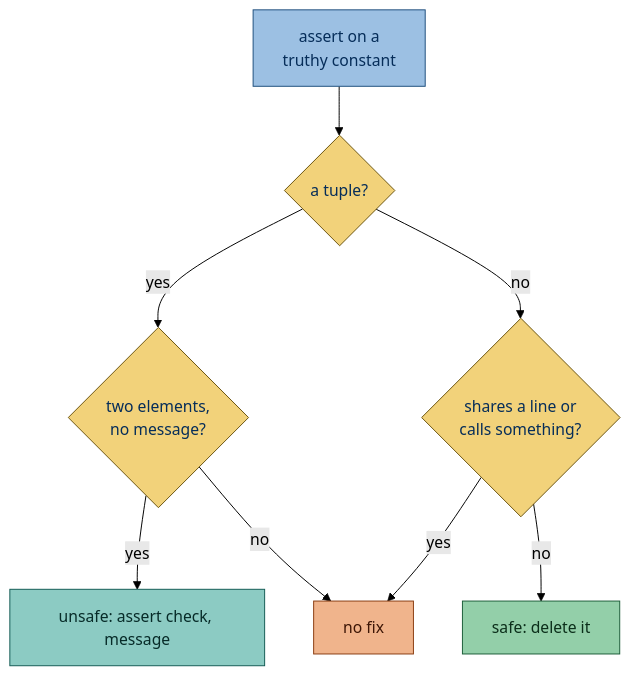
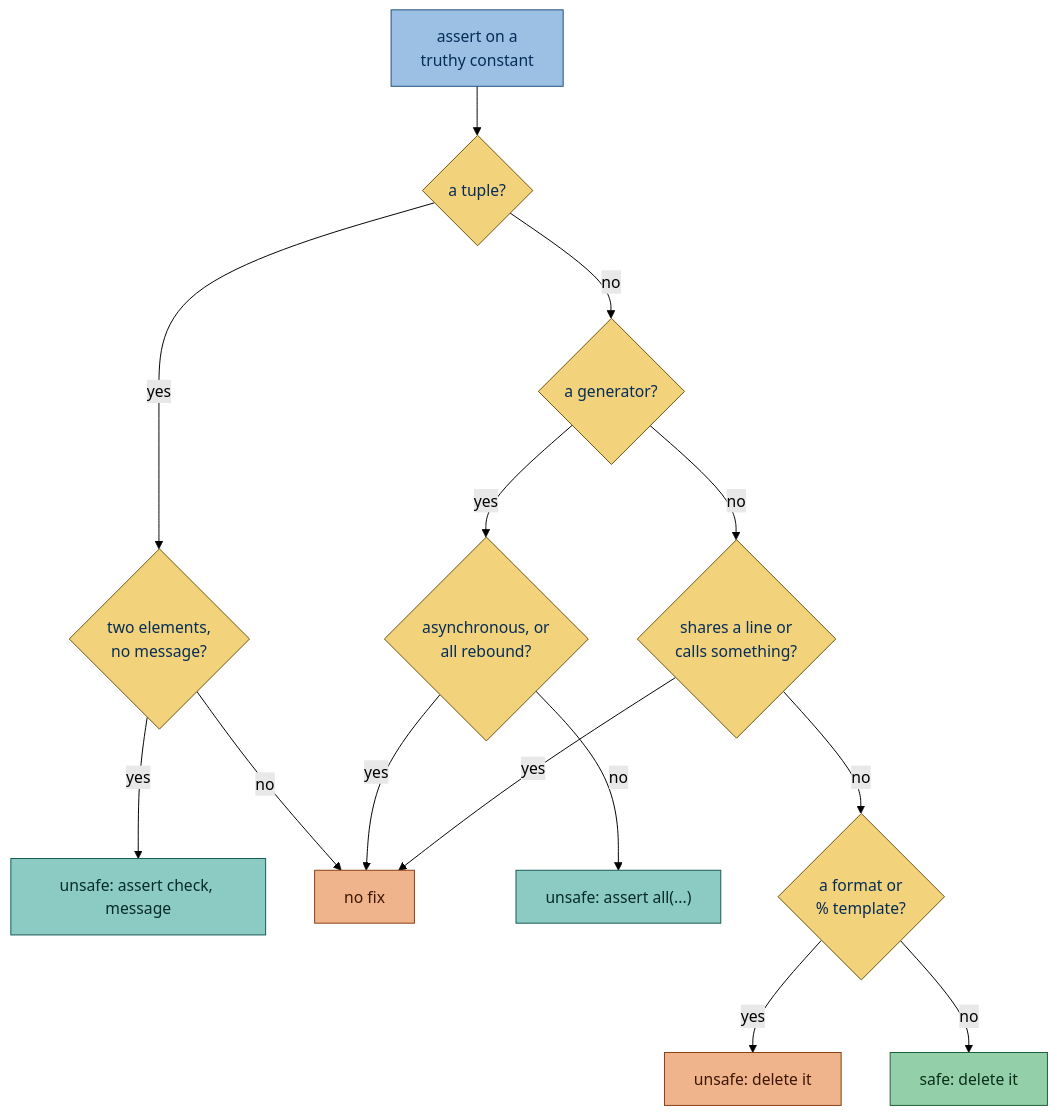
The diagram in src/rules/testing/constant_assert.md (gaborbernat/simplint), drawn with Mermaid (forest theme) before and after one commit. The commit also changed other lines of this file and 510 other files, not shown here.

````diff
--- a/src/rules/testing/constant_assert.md
+++ b/src/rules/testing/constant_assert.md
@@ -160,20 +265,27 @@
 ```mermaid
 flowchart TD
     assertion["assert on a<br/>truthy constant"] --> tuple{"a tuple?"}
     tuple -->|yes| pair{"two elements,<br/>no message?"}
     pair -->|yes| unwrap["unsafe: assert check, message"]
     pair -->|no| none["no fix"]
-    tuple -->|no| blocked{"shares a line or<br/>calls something?"}
+    tuple -->|no| generator{"a generator?"}
+    generator -->|yes| asynchronous{"asynchronous, or<br/>all rebound?"}
+    asynchronous -->|yes| none
+    asynchronous -->|no| wrap["unsafe: assert all(...)"]
+    generator -->|no| blocked{"shares a line or<br/>calls something?"}
     blocked -->|yes| none
-    blocked -->|no| delete["safe: delete it"]
+    blocked -->|no| template{"a format or<br/>% template?"}
+    template -->|yes| unsafe["unsafe: delete it"]
+    template -->|no| delete["safe: delete it"]
     classDef blue fill:#9cc0e3,stroke:#1f4f7d,color:#062d59
     classDef yellow fill:#f2d27a,stroke:#6b5410,color:#062d59
     classDef green fill:#93cfa9,stroke:#1d5e3a,color:#0b2e1a
     classDef teal fill:#8ccbc3,stroke:#145c55,color:#072b28
     classDef orange fill:#f0b48c,stroke:#8a3d12,color:#3d1606
     class assertion blue
-    class blocked,tuple,pair yellow
+    class blocked,tuple,pair,generator,asynchronous,template yellow
     class delete green
-    class unwrap teal
+    class unsafe orange
+    class unwrap,wrap teal
     class none orange
 ```
````
